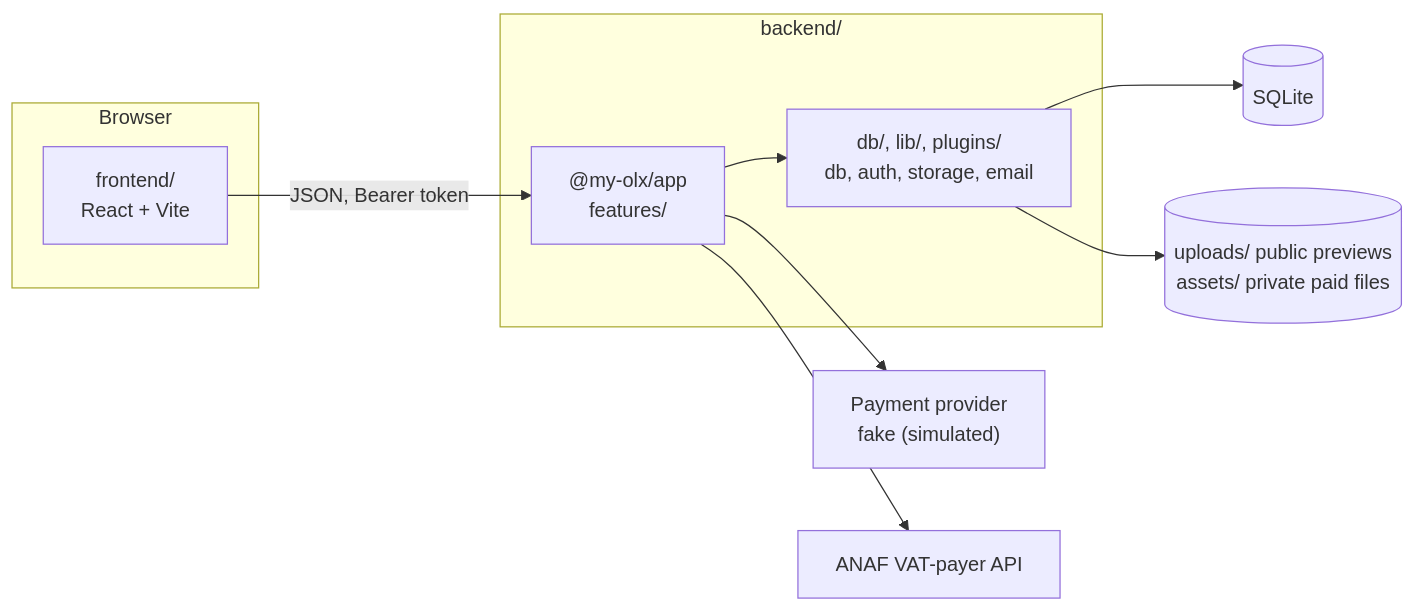
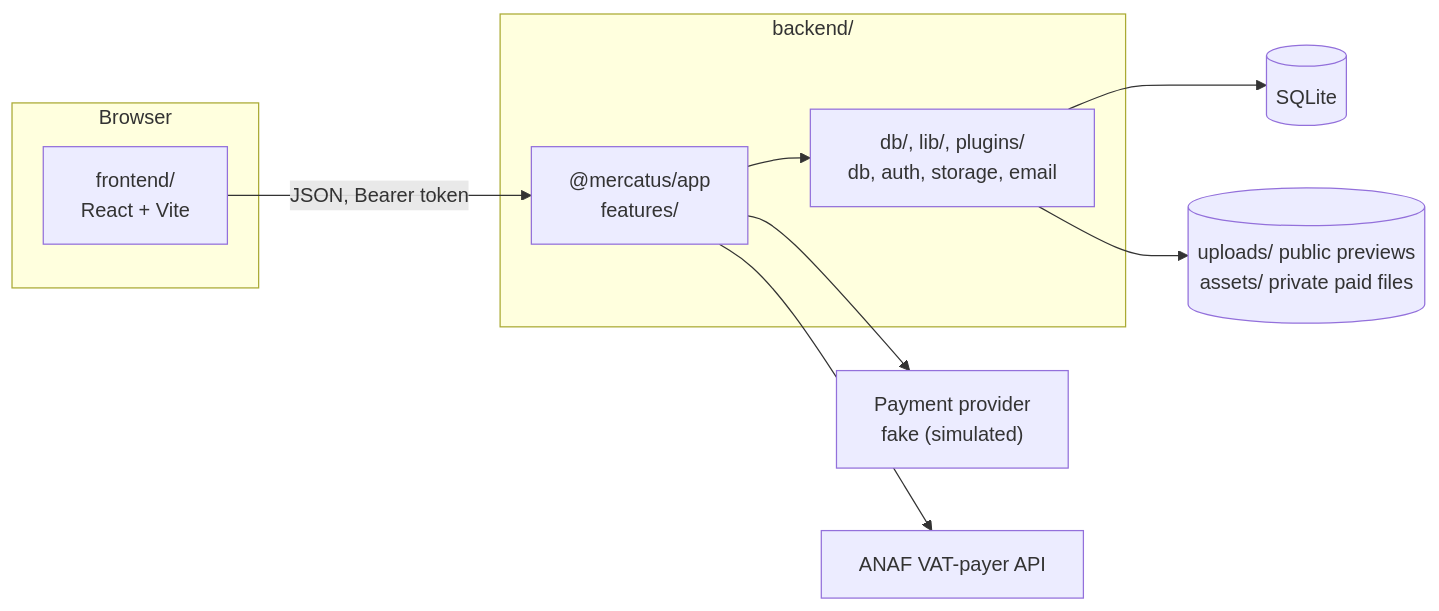
Before and after one commit to gandolh/comercial-website: the diagram in docs/architecture.md, drawn with Mermaid. The commit also changed other lines of this file and 39 other files, not shown here.

First line of the commit message:
feat: the code name my-olx is retired, the code says Mercatus too (brief 27)

````diff
--- a/docs/architecture.md
+++ b/docs/architecture.md
@@ -20,20 +20,20 @@
 ```mermaid
 flowchart LR
   subgraph browser["Browser"]
     web["frontend/<br/>React + Vite"]
   end
   subgraph api["backend/"]
-    app["@my-olx/app<br/>features/"]
+    app["@mercatus/app<br/>features/"]
     core["db/, lib/, plugins/<br/>db, auth, storage, email"]
   end
   db[("SQLite")]
   disk[("uploads/ public previews<br/>assets/ private paid files")]
   psp["Payment provider<br/>fake (simulated)"]
   anaf["ANAF VAT-payer API"]
   web -- "JSON, Bearer token" --> app
   app --> core
   core --> db
   core --> disk
   app --> psp
   app --> anaf
 ```
````
